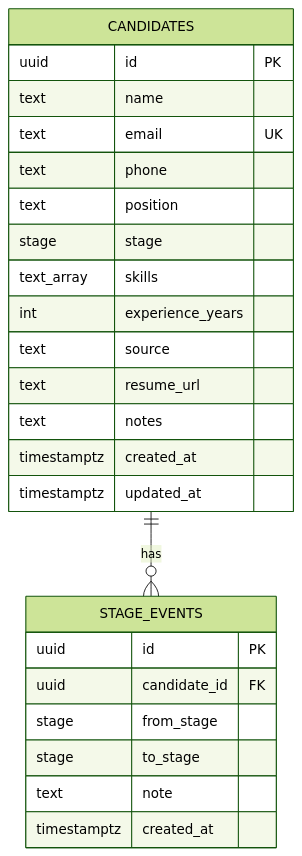
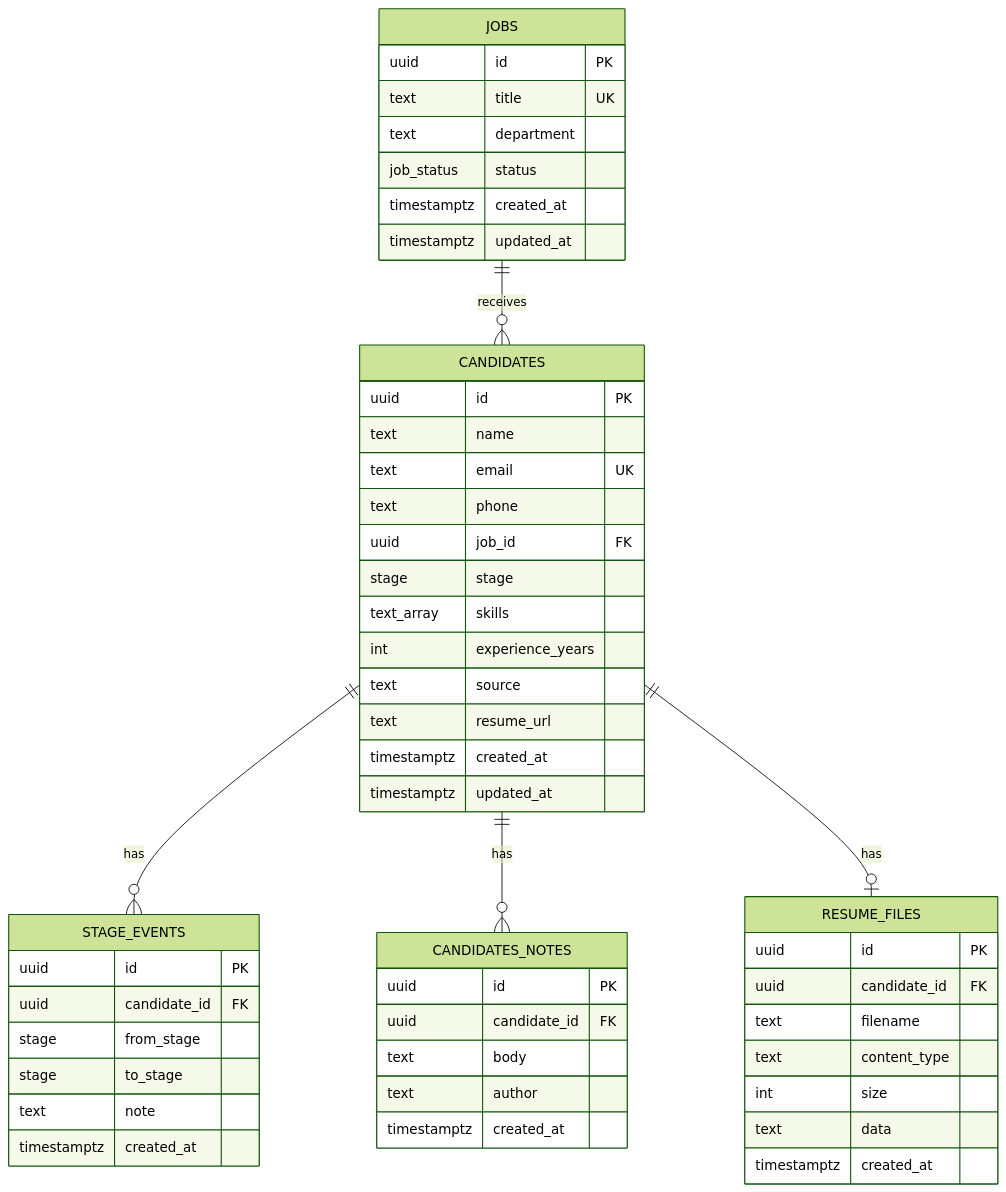
Before and after one commit to rahulpatle-sol/mini-ats: the second of 2 diagrams in docs/DESIGN.md, drawn with Mermaid (forest theme). The commit also changed other lines of this file and 58 other files, not shown here.

First line of the commit message:
feat: add job management and candidate notes functionality

````diff
--- a/docs/DESIGN.md
+++ b/docs/DESIGN.md
@@ -45,27 +70,54 @@
 ```mermaid
 erDiagram
+  JOBS ||--o{ CANDIDATES : receives
   CANDIDATES ||--o{ STAGE_EVENTS : has
+  CANDIDATES ||--o{ CANDIDATES_NOTES : has
+  CANDIDATES ||--o| RESUME_FILES : has
+
+  JOBS {
+    uuid id PK
+    text title UK
+    text department
+    job_status status
+    timestamptz created_at
+    timestamptz updated_at
+  }
   CANDIDATES {
     uuid id PK
     text name
     text email UK
     text phone
-    text position
+    uuid job_id FK
     stage stage
     text_array skills
     int experience_years
     text source
     text resume_url
-    text notes
     timestamptz created_at
     timestamptz updated_at
+  }
+  CANDIDATES_NOTES {
+    uuid id PK
+    uuid candidate_id FK
+    text body
+    text author
+    timestamptz created_at
+  }
+  RESUME_FILES {
+    uuid id PK
+    uuid candidate_id FK
+    text filename
+    text content_type
+    int size
+    text data
+    timestamptz created_at
   }
   STAGE_EVENTS {
     uuid id PK
     uuid candidate_id FK
     stage from_stage
     stage to_stage
     text note
     timestamptz created_at
   }
 ```
````
